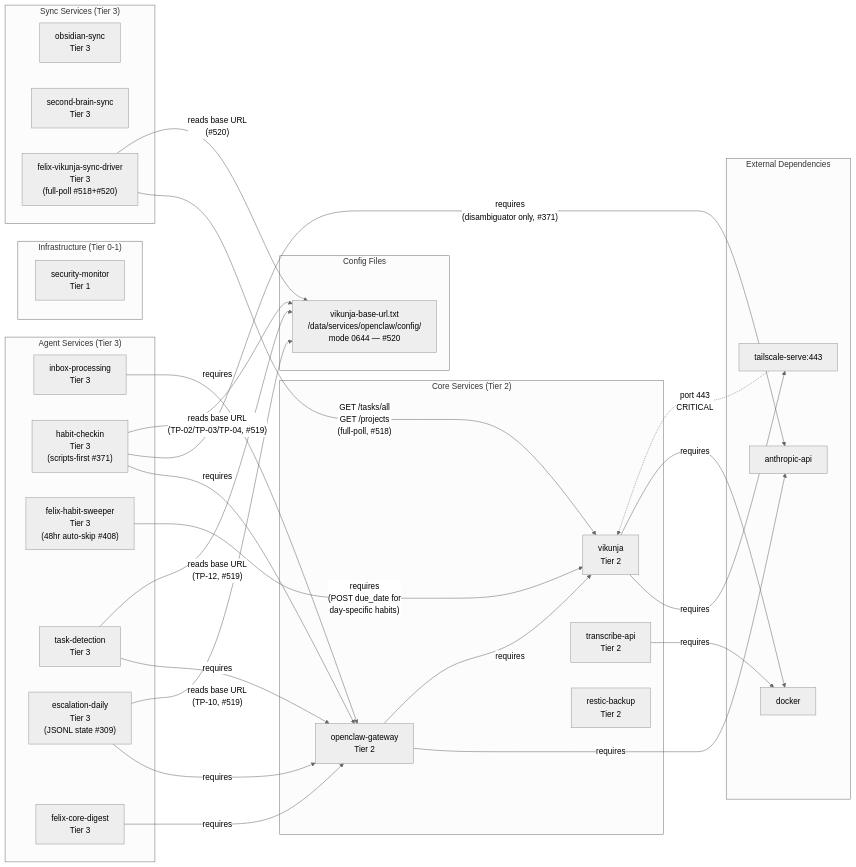
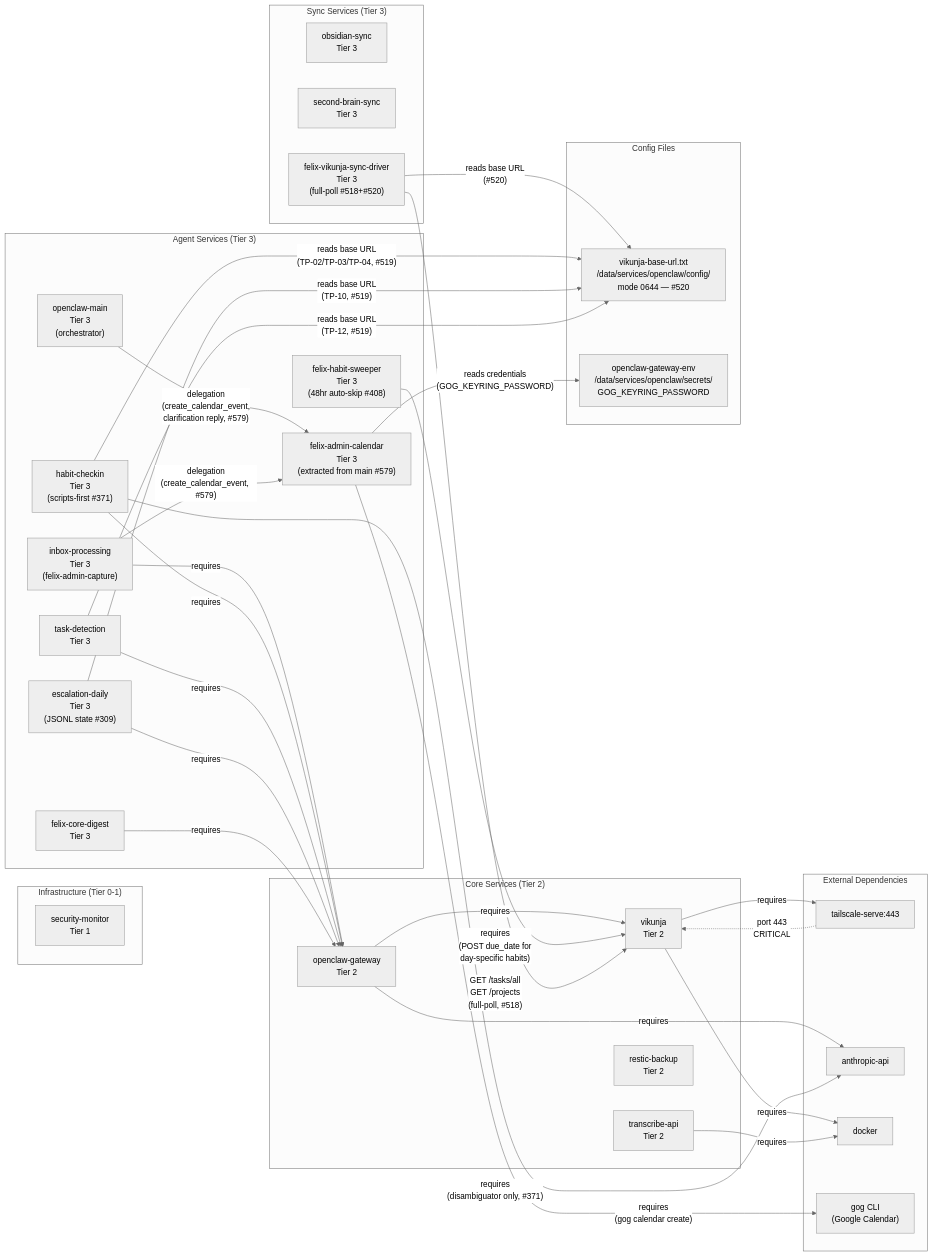
Before and after one commit to kentonium3/kg-automation: the diagram in docs/design/architecture/service-dependencies.view.md, drawn with Mermaid (neutral theme). The commit also changed other lines of this file and 25 other files, not shown here.

Commit message:
feat(kitty/mission-felix-calendar-subagent-extraction-01KTTA33): squash merge of mission

````diff
--- a/docs/design/architecture/service-dependencies.view.md
+++ b/docs/design/architecture/service-dependencies.view.md
@@ -36,61 +42,70 @@
 ```mermaid
 graph LR
     subgraph Infrastructure["Infrastructure (Tier 0-1)"]
         security-monitor["security-monitor<br/>Tier 1"]
     end
 
     subgraph Core["Core Services (Tier 2)"]
         vikunja["vikunja<br/>Tier 2"]
         openclaw["openclaw-gateway<br/>Tier 2"]
         transcribe["transcribe-api<br/>Tier 2"]
         restic["restic-backup<br/>Tier 2"]
     end
 
     subgraph Agents["Agent Services (Tier 3)"]
-        inbox["inbox-processing<br/>Tier 3"]
+        main["openclaw-main<br/>Tier 3<br/>(orchestrator)"]
+        inbox["inbox-processing<br/>Tier 3<br/>(felix-admin-capture)"]
         habits["habit-checkin<br/>Tier 3<br/>(scripts-first #371)"]
         habitsweeper["felix-habit-sweeper<br/>Tier 3<br/>(48hr auto-skip #408)"]
         taskdet["task-detection<br/>Tier 3"]
         escalation["escalation-daily<br/>Tier 3<br/>(JSONL state #309)"]
+        calendar["felix-admin-calendar<br/>Tier 3<br/>(extracted from main #579)"]
         digest["felix-core-digest<br/>Tier 3"]
     end
 
     subgraph Sync["Sync Services (Tier 3)"]
         obsidian["obsidian-sync<br/>Tier 3"]
         secondbrain["second-brain-sync<br/>Tier 3"]
         vikunja_sync["felix-vikunja-sync-driver<br/>Tier 3<br/>(full-poll #518+#520)"]
     end
 
     subgraph Config["Config Files"]
         url_config["vikunja-base-url.txt<br/>/data/services/openclaw/config/<br/>mode 0644 — #520"]
+        gateway_env["openclaw-gateway-env<br/>/data/services/openclaw/secrets/<br/>GOG_KEYRING_PASSWORD"]
     end
 
     subgraph External["External Dependencies"]
         tailscale["tailscale-serve:443"]
         anthropic["anthropic-api"]
         docker["docker"]
+        gog["gog CLI<br/>(Google Calendar)"]
     end
 
     vikunja -->|"requires"| tailscale
     vikunja -->|"requires"| docker
     tailscale -.->|"port 443<br/>CRITICAL"| vikunja
 
     openclaw -->|"requires"| anthropic
     openclaw -->|"requires"| vikunja
 
     transcribe -->|"requires"| docker
 
     inbox -->|"requires"| openclaw
     habits -->|"requires"| openclaw
     habits -->|"requires<br/>(disambiguator only, #371)"| anthropic
     habitsweeper -->|"requires<br/>(POST due_date for<br/>day-specific habits)"| vikunja
     taskdet -->|"requires"| openclaw
     escalation -->|"requires"| openclaw
     digest -->|"requires"| openclaw
 
+    main -->|"delegation<br/>(create_calendar_event,<br/>clarification reply, #579)"| calendar
+    inbox -->|"delegation<br/>(create_calendar_event, #579)"| calendar
+    calendar -->|"requires<br/>(gog calendar create)"| gog
+    calendar -->|"reads credentials<br/>(GOG_KEYRING_PASSWORD)"| gateway_env
+
     vikunja_sync -->|"GET /tasks/all<br/>GET /projects<br/>(full-poll, #518)"| vikunja
     vikunja_sync -->|"reads base URL<br/>(#520)"| url_config
     habits -->|"reads base URL<br/>(TP-02/TP-03/TP-04, #519)"| url_config
     escalation -->|"reads base URL<br/>(TP-10, #519)"| url_config
     taskdet -->|"reads base URL<br/>(TP-12, #519)"| url_config
 ```
````
